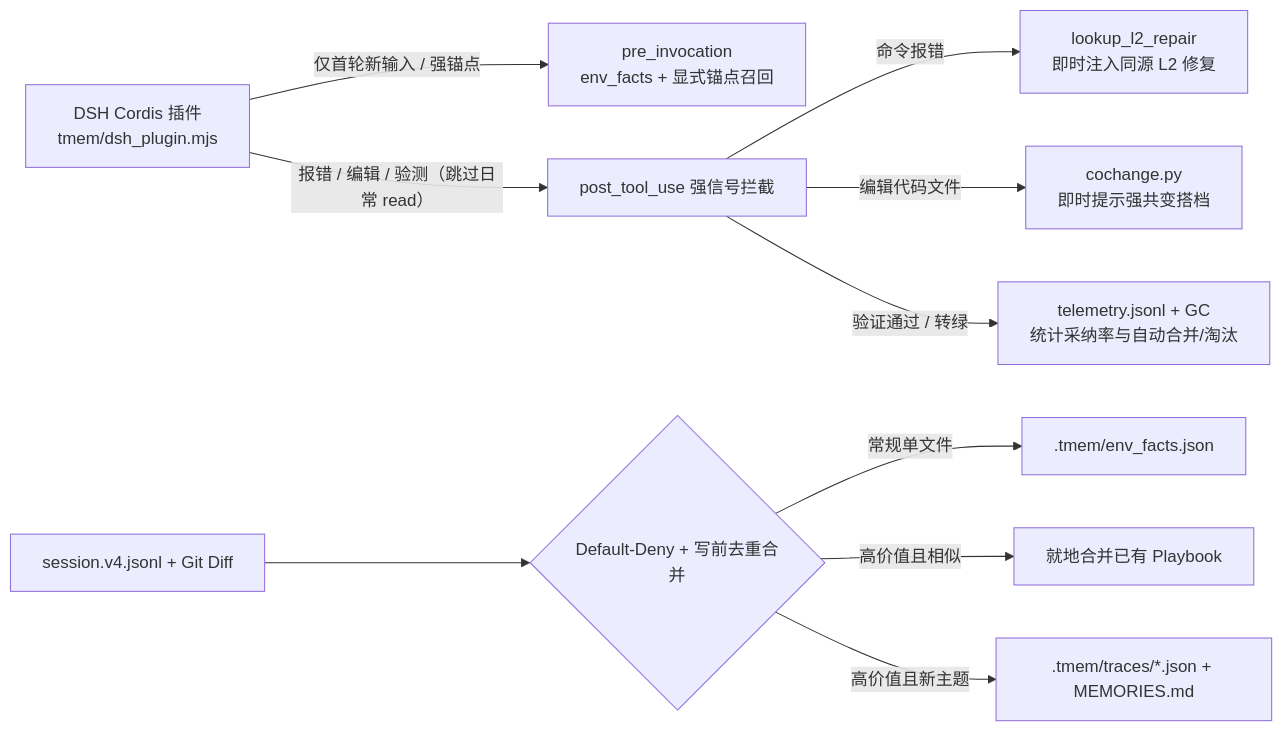
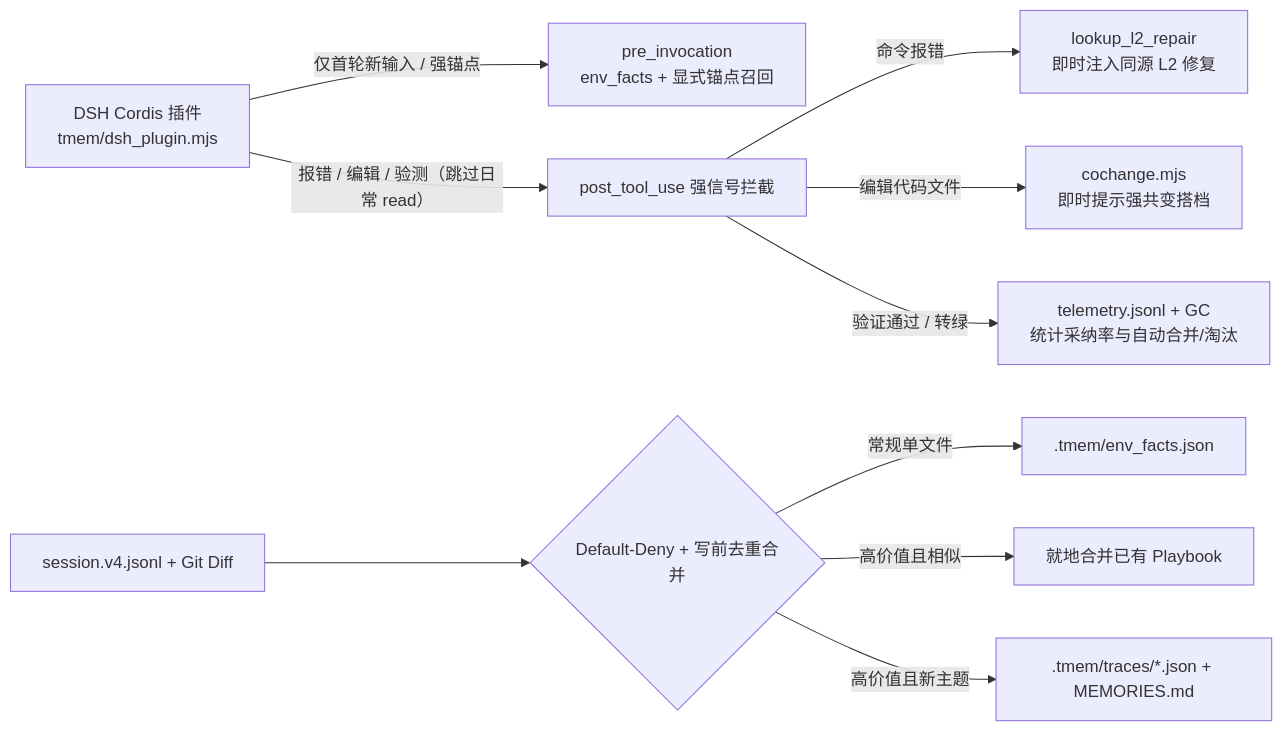
Before and after one commit to kentzjh-cmd/tmem: the diagram in README.md, drawn with Mermaid. The commit also changed other lines of this file and 28 other files, not shown here.

````diff
--- a/README.md
+++ b/README.md
@@ -55,12 +55,12 @@
 ```mermaid
 flowchart LR
     DSH["DSH Cordis 插件<br/>tmem/dsh_plugin.mjs"] -->|"仅首轮新输入 / 强锚点"| Pre["pre_invocation<br/>env_facts + 显式锚点召回"]
     DSH -->|"报错 / 编辑 / 验测（跳过日常 read）"| Post["post_tool_use 强信号拦截"]
     Post -->|"命令报错"| L2["lookup_l2_repair<br/>即时注入同源 L2 修复"]
-    Post -->|"编辑代码文件"| L1["cochange.py<br/>即时提示强共变搭档 <tmem_cochange_hint>"]
+    Post -->|"编辑代码文件"| L1["cochange.mjs<br/>即时提示强共变搭档 <tmem_cochange_hint>"]
     Post -->|"验证通过 / 转绿"| Tel["telemetry.jsonl + GC<br/>统计采纳率与自动合并/淘汰"]
     Log["session.v4.jsonl + Git Diff"] --> Gate{"Default-Deny + 写前去重合并"}
     Gate -->|"常规单文件"| Env[".tmem/env_facts.json"]
     Gate -->|"高价值且相似"| Merge["就地合并已有 Playbook"]
     Gate -->|"高价值且新主题"| Traces[".tmem/traces/*.json + MEMORIES.md"]
 ```
````
